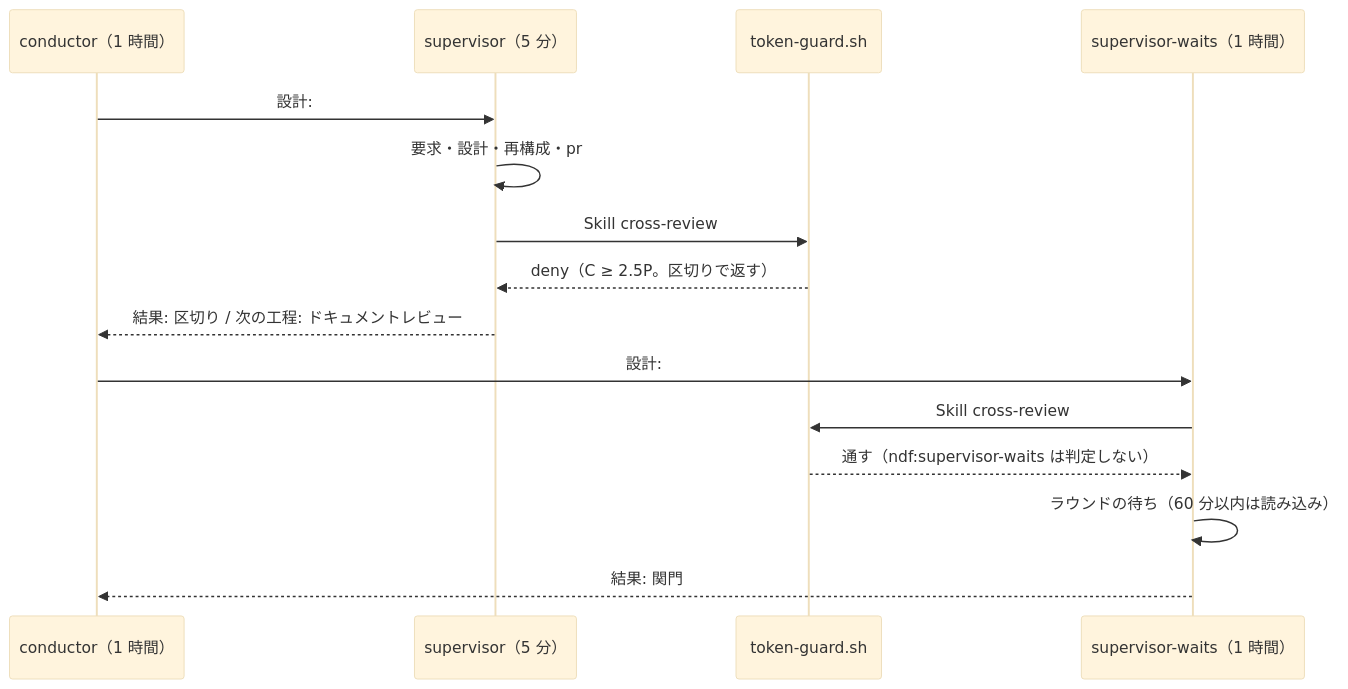
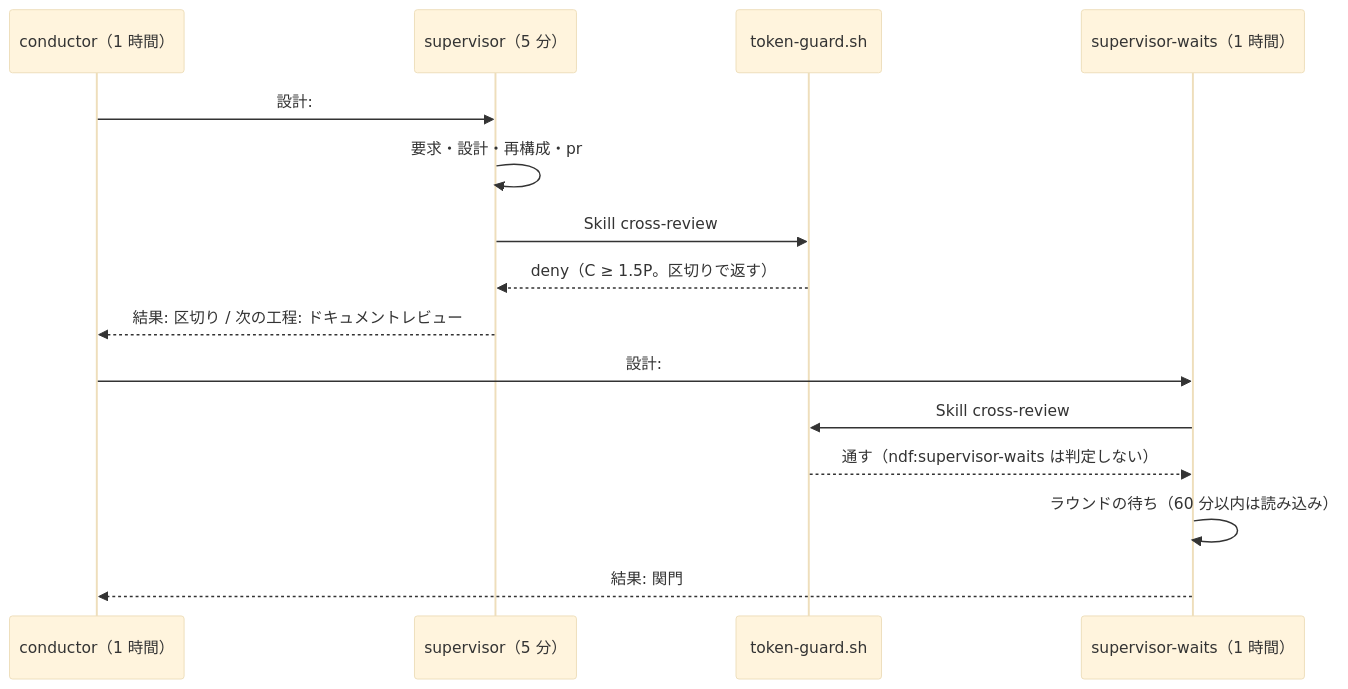
One commit to devbasex/ai-plugins changed the second of 3 diagrams in issues/issue-954-design.md. Above: the diagram before and after it, drawn with Mermaid (base theme). The commit also changed other lines of this file and 3 other files, not shown here.

````diff
--- a/issues/issue-954-design.md
+++ b/issues/issue-954-design.md
@@ -244,17 +360,17 @@
 ```mermaid
 sequenceDiagram
   participant C as conductor（1 時間）
   participant S1 as supervisor（5 分）
   participant H as token-guard.sh
   participant S2 as supervisor-waits（1 時間）
   C->>S1: 設計: #954（ndf:supervisor）
   S1->>S1: 要求・設計・再構成・pr
   S1->>H: Skill cross-review
-  H-->>S1: deny（C ≥ 2.5P。区切りで返す）
+  H-->>S1: deny（C ≥ 1.5P。区切りで返す）
   S1-->>C: 結果: 区切り / 次の工程: ドキュメントレビュー
   C->>S2: 設計: #954（ndf:supervisor-waits、前の報告）
   S2->>H: Skill cross-review
   H-->>S2: 通す（ndf:supervisor-waits は判定しない）
   S2->>S2: ラウンドの待ち（60 分以内は読み込み）
   S2-->>C: 結果: 関門
 ```
````
